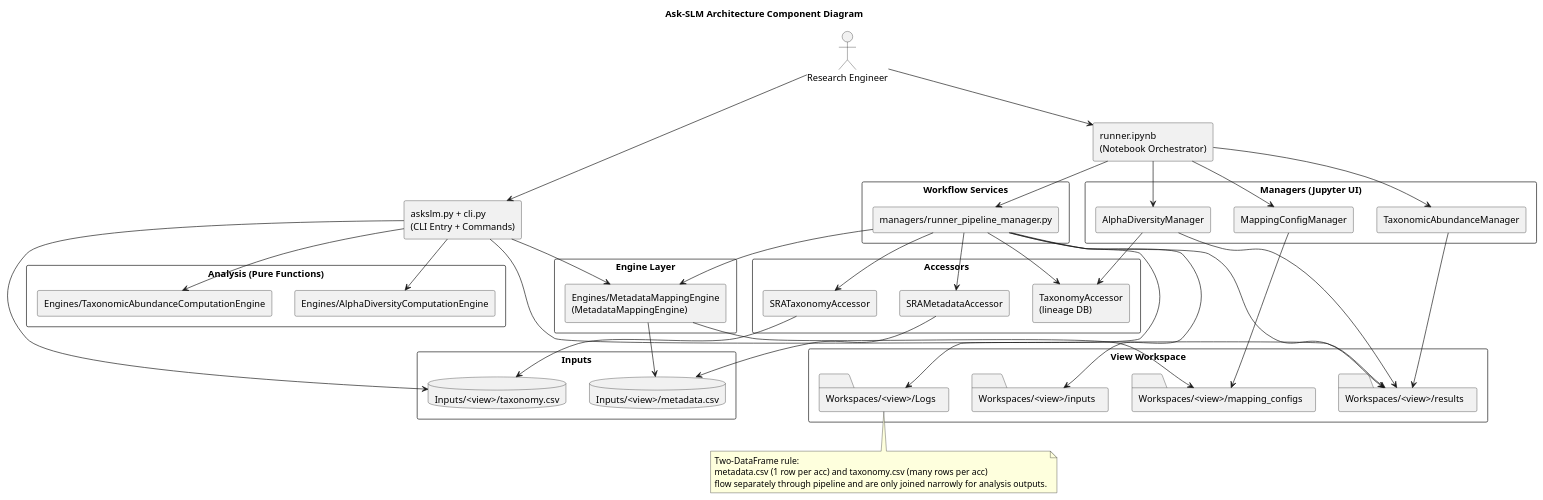
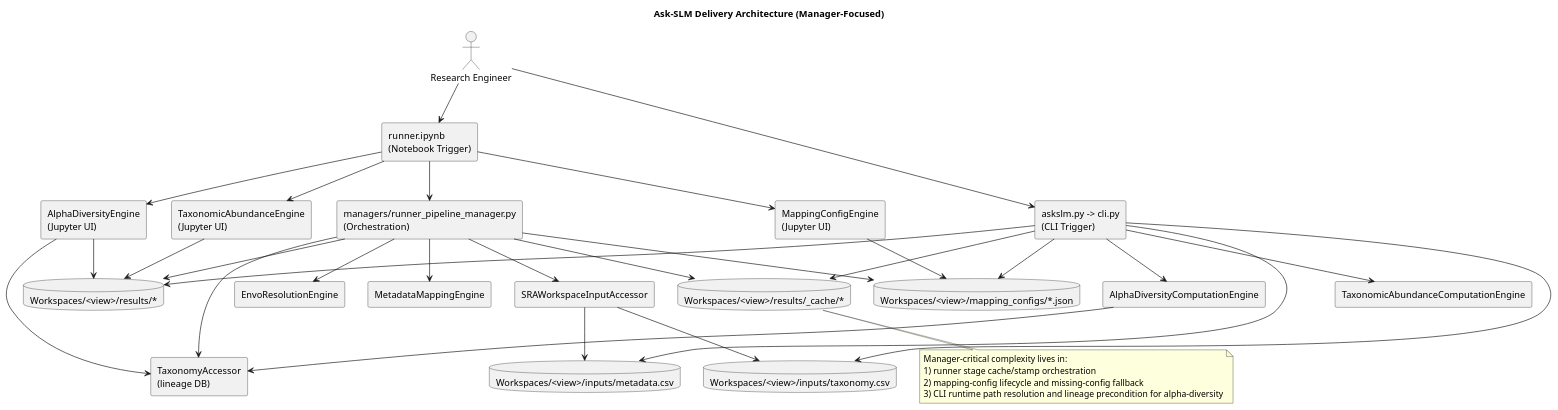
One commit to YPinto-Lab/cohort-query changed the diagram in Docs/product-documentation/uml/ask-slm-component-diagram.puml. Above: the diagram before and after it, drawn with PlantUML. The commit also changed 20 other files, not shown here.

First line of the commit message:
docs(product-documentation): focus diagrams on manager-critical flows

```diff
--- a/Docs/product-documentation/uml/ask-slm-component-diagram.puml
+++ b/Docs/product-documentation/uml/ask-slm-component-diagram.puml
@@ -1,87 +1,71 @@
 @startuml
-title Ask-SLM Architecture Component Diagram
+title Ask-SLM Delivery Architecture (Manager-Focused)
 
 skinparam componentStyle rectangle
 skinparam shadowing false
 skinparam packageStyle rectangle
 
 actor "Research Engineer" as User
 
-component "runner.ipynb\n(Notebook Orchestrator)" as Runner
-component "askslm.py + cli.py\n(CLI Entry + Commands)" as CLI
+component "runner.ipynb\n(Notebook Trigger)" as Notebook
+component "askslm.py -> cli.py\n(CLI Trigger)" as CLI
+component "managers/runner_pipeline_manager.py\n(Orchestration)" as Pipeline
+component "SRAWorkspaceInputAccessor" as WorkspaceInputAccessor
+component "MetadataMappingEngine" as MappingEngine
+component "EnvoResolutionEngine" as EnvoEngine
+component "TaxonomyAccessor\n(lineage DB)" as LineageAccessor
 
-package "Workflow Services" {
-  component "managers/runner_pipeline_manager.py" as Pipeline
-}
+component "AlphaDiversityComputationEngine" as AlphaCompute
+component "TaxonomicAbundanceComputationEngine" as AbundanceCompute
 
-package "Inputs" {
-  database "Inputs/<view>/metadata.csv" as InMeta
-  database "Inputs/<view>/taxonomy.csv" as InTax
-}
+component "MappingConfigEngine\n(Jupyter UI)" as MappingUI
+component "AlphaDiversityEngine\n(Jupyter UI)" as AlphaUI
+component "TaxonomicAbundanceEngine\n(Jupyter UI)" as AbundanceUI
 
-package "Accessors" {
-  component "SRAMetadataAccessor" as MetaAccessor
-  component "SRATaxonomyAccessor" as TaxAccessor
-  component "TaxonomyAccessor\n(lineage DB)" as LineageAccessor
-}
+database "Workspaces/<view>/inputs/metadata.csv" as WsMeta
+database "Workspaces/<view>/inputs/taxonomy.csv" as WsTax
+database "Workspaces/<view>/mapping_configs/*.json" as WsConfigs
+database "Workspaces/<view>/results/*" as WsResults
+database "Workspaces/<view>/results/_cache/*" as WsCache
 
-package "Engine Layer" {
-  component "Engines/MetadataMappingEngine\n(MetadataMappingEngine)" as Processor
-}
-
-package "Managers (Jupyter UI)" {
-  component "MappingConfigManager" as MappingMgr
-  component "AlphaDiversityManager" as AlphaMgr
-  component "TaxonomicAbundanceManager" as AbundMgr
-}
-
-package "Analysis (Pure Functions)" {
-  component "Engines/AlphaDiversityComputationEngine" as AlphaAnalysis
-  component "Engines/TaxonomicAbundanceComputationEngine" as AbundAnalysis
-}
-
-package "View Workspace" {
-  folder "Workspaces/<view>/inputs" as WsInputs
-  folder "Workspaces/<view>/mapping_configs" as WsConfigs
-  folder "Workspaces/<view>/results" as WsResults
-  folder "Workspaces/<view>/Logs" as WsLogs
-}
-
-User --> Runner
+User --> Notebook
 User --> CLI
 
-Runner --> Pipeline
-Pipeline --> MetaAccessor
-Pipeline --> TaxAccessor
-MetaAccessor --> InMeta
-TaxAccessor --> InTax
+Notebook --> Pipeline
+Pipeline --> WorkspaceInputAccessor
+WorkspaceInputAccessor --> WsMeta
+WorkspaceInputAccessor --> WsTax
 
-Pipeline --> Processor
-Processor --> WsConfigs
-Pipeline --> WsInputs
+Pipeline --> MappingEngine
+Pipeline --> EnvoEngine
+Pipeline --> LineageAccessor
+Pipeline --> WsConfigs
 Pipeline --> WsResults
-Pipeline --> WsLogs
-Pipeline --> LineageAccessor
+Pipeline --> WsCache
 
-Runner --> MappingMgr
-Runner --> AlphaMgr
-Runner --> AbundMgr
-MappingMgr --> WsConfigs
-AlphaMgr --> WsResults
-AbundMgr --> WsResults
-AlphaMgr --> LineageAccessor
+Notebook --> MappingUI
+Notebook --> AlphaUI
+Notebook --> AbundanceUI
+MappingUI --> WsConfigs
+AlphaUI --> LineageAccessor
+AlphaUI --> WsResults
+AbundanceUI --> WsResults
 
-CLI --> Processor
-CLI --> AlphaAnalysis
-CLI --> AbundAnalysis
+CLI --> WsMeta
+CLI --> WsTax
+CLI --> WsConfigs
 CLI --> WsResults
-Processor --> InMeta
-CLI --> InTax
+CLI --> WsCache
+CLI --> AlphaCompute
+CLI --> AbundanceCompute
+
+AlphaCompute --> LineageAccessor
 
 note bottom
-Two-DataFrame rule:
-metadata.csv (1 row per acc) and taxonomy.csv (many rows per acc)
-flow separately through pipeline and are only joined narrowly for analysis outputs.
+Manager-critical complexity lives in:
+1) runner stage cache/stamp orchestration
+2) mapping-config lifecycle and missing-config fallback
+3) CLI runtime path resolution and lineage precondition for alpha-diversity
 end note
 
 @enduml
```
